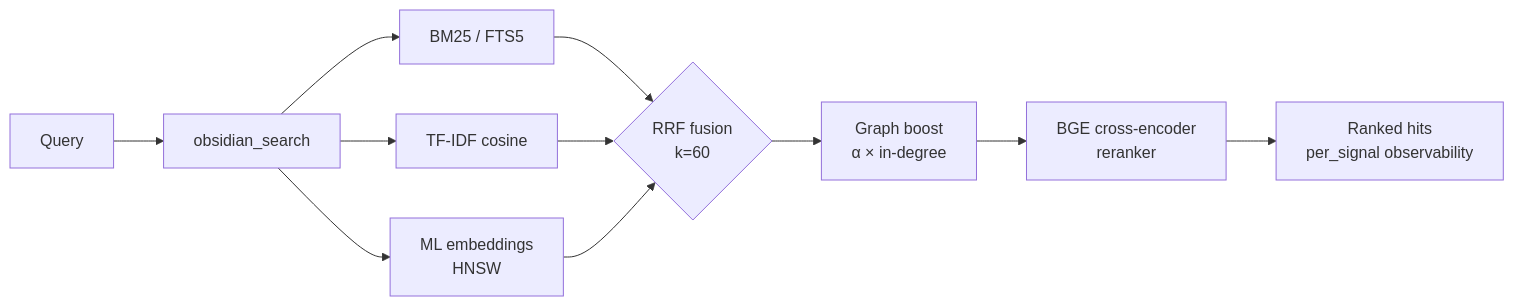
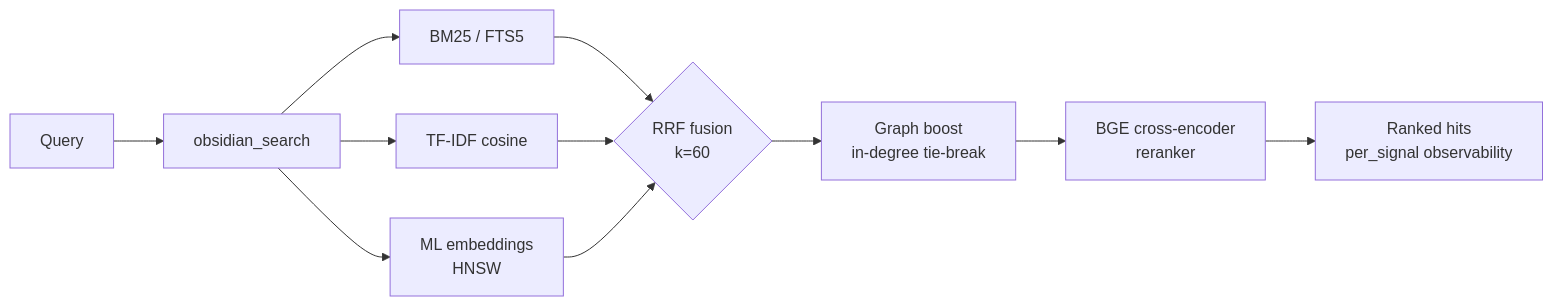
Before and after one commit to oomkapwn/enquire-mcp: the diagram in README.ar.md, drawn with Mermaid. The commit also changed 17 other files, not shown here.

First line of the commit message:
fix: use wikilink in_degree as an RRF tie-break only (#553)

````diff
--- a/README.ar.md
+++ b/README.ar.md
@@ -277,13 +277,13 @@
 ```mermaid
 graph LR
     Q[Query] --> S[obsidian_search]
     S --> BM25[BM25 / FTS5]
     S --> TFIDF[TF-IDF cosine]
     S --> EMB[ML embeddings<br/>HNSW]
     BM25 --> RRF{RRF fusion<br/>k=60}
     TFIDF --> RRF
     EMB --> RRF
-    RRF --> GB[Graph boost<br/>α × in-degree]
+    RRF --> GB[Graph boost<br/>in-degree tie-break]
     GB --> RR[BGE cross-encoder<br/>reranker]
     RR --> R[Ranked hits<br/>per_signal observability]
 ```
````
